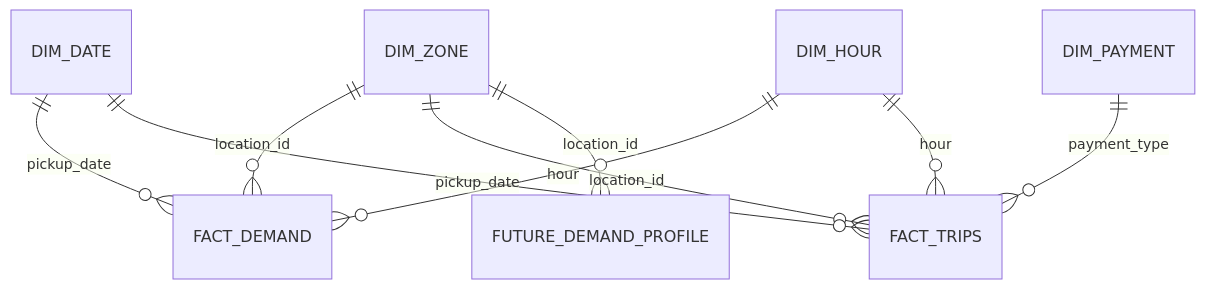
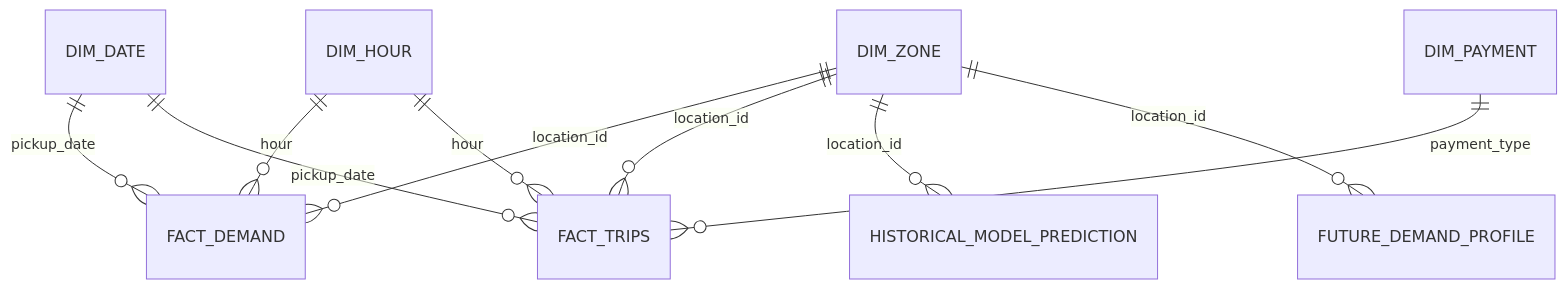
The diagram in docs/data_model.md (georgeballa7/NycTaxiDemandForecasting), drawn with Mermaid before and after one commit. The commit also changed other lines of this file, not shown here.

Commit message:
Document historical model serving tables

````diff
--- a/docs/data_model.md
+++ b/docs/data_model.md
@@ -15,13 +15,12 @@
 ```mermaid
 erDiagram
     DIM_ZONE ||--o{ FACT_DEMAND : location_id
     DIM_DATE ||--o{ FACT_DEMAND : pickup_date
     DIM_HOUR ||--o{ FACT_DEMAND : hour
-
     DIM_ZONE ||--o{ FACT_TRIPS : location_id
     DIM_DATE ||--o{ FACT_TRIPS : pickup_date
     DIM_HOUR ||--o{ FACT_TRIPS : hour
     DIM_PAYMENT ||--o{ FACT_TRIPS : payment_type
-
+    DIM_ZONE ||--o{ HISTORICAL_MODEL_PREDICTION : location_id
     DIM_ZONE ||--o{ FUTURE_DEMAND_PROFILE : location_id
 ```
````
